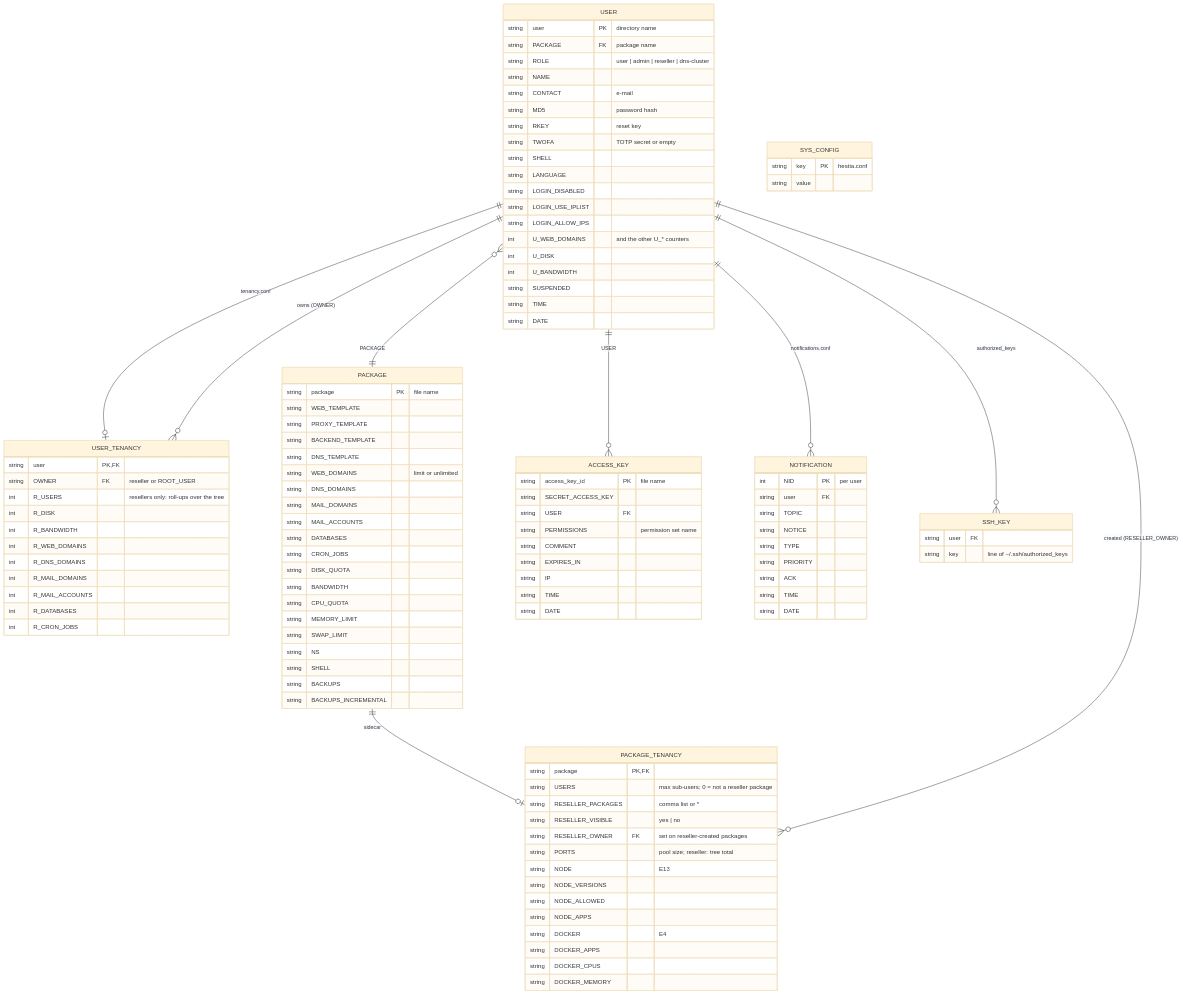
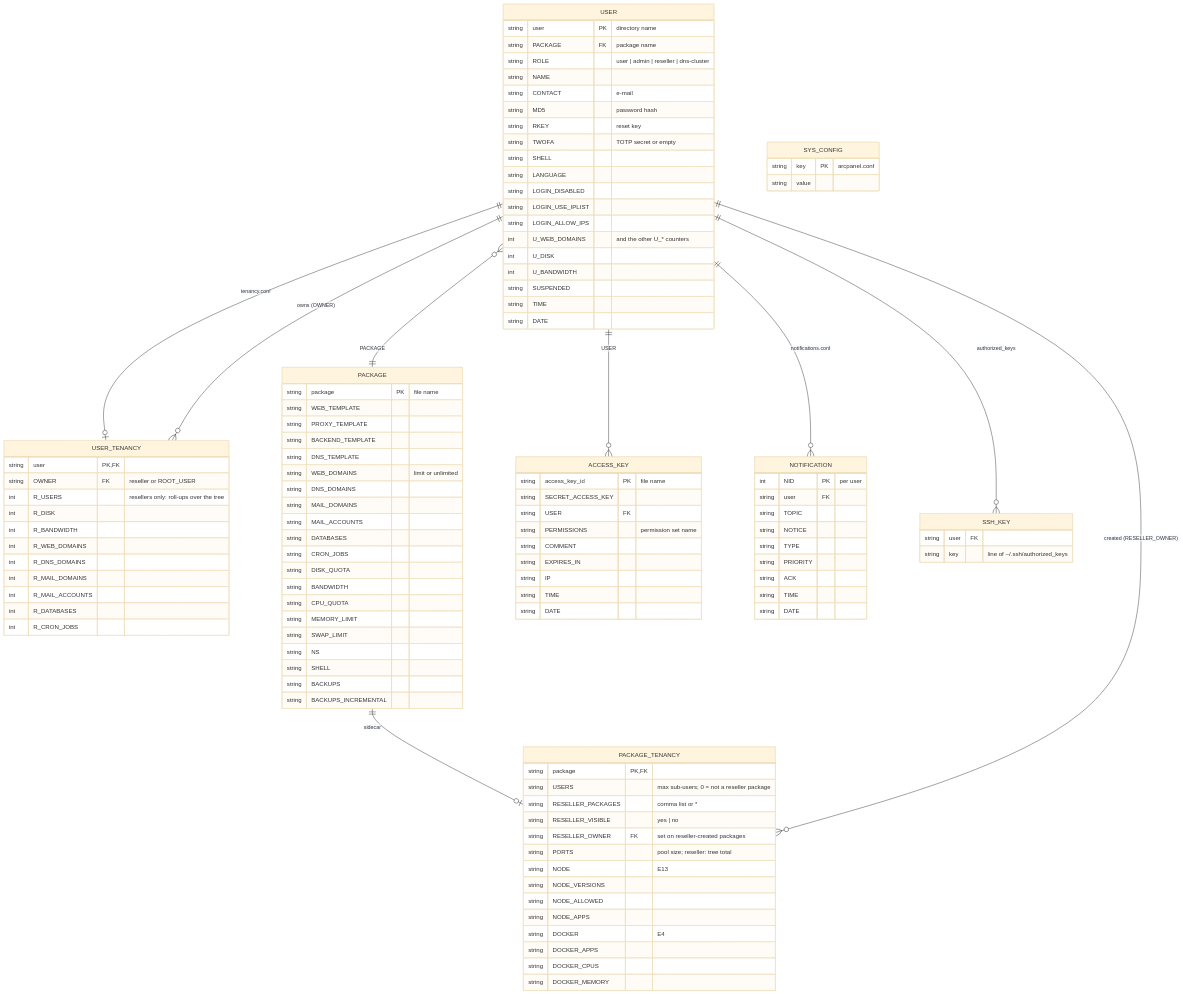
Before and after one commit to arc-panel-oss/arcpanel: the second of 7 diagrams in docs/design/15-database-schema-and-erd.md, drawn with Mermaid (base theme). The commit also changed other lines of this file and 59 other files, not shown here.

```diff
--- a/docs/design/15-database-schema-and-erd.md
+++ b/docs/design/15-database-schema-and-erd.md
@@ -158,7 +158,7 @@
     string key "line of ~/.ssh/authorized_keys"
   }
   SYS_CONFIG {
-    string key PK "hestia.conf"
+    string key PK "arcpanel.conf"
     string value
   }
 
```
